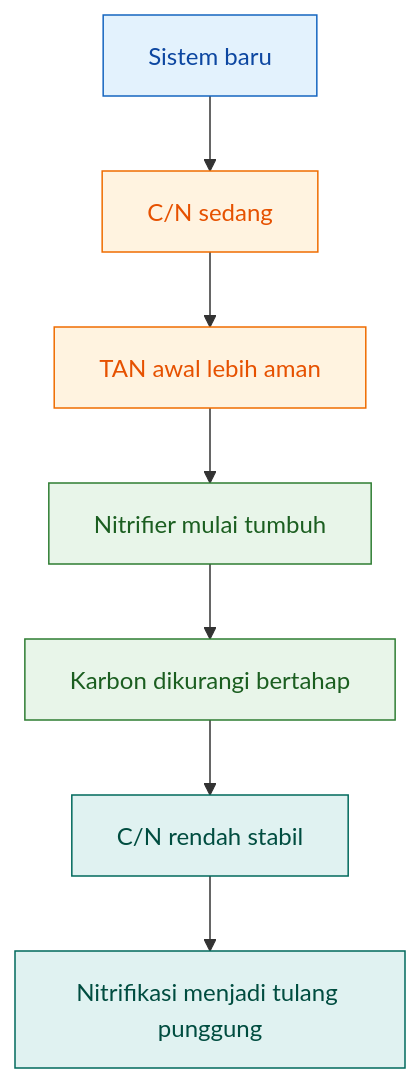
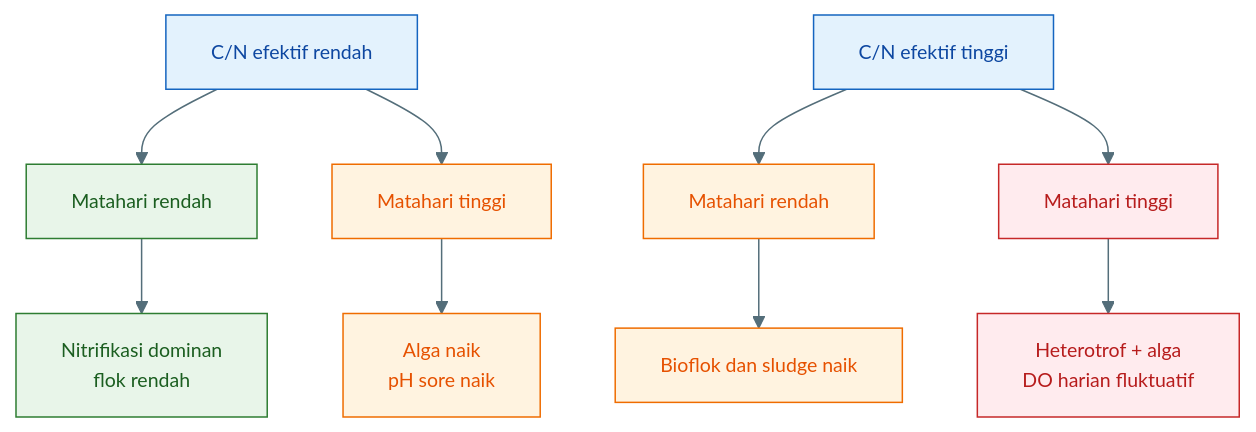
Before and after one commit to slametsampon/kawruhnology: diagram 12 of 32 in content/blog/agri/perikanan/ratio-cn-rendah-biflok.mdx, drawn with Mermaid. The commit also changed other lines of this file, not shown here.

Commit message:
upadte rasio c/n rendah

````diff
--- a/content/blog/agri/perikanan/ratio-cn-rendah-biflok.mdx
+++ b/content/blog/agri/perikanan/ratio-cn-rendah-biflok.mdx
@@ -1500,19 +2620,35 @@
-```mermaid id="ocm8c6"
+```mermaid id="interaksi-cn-matahari"
+%%{init: {'theme':'base','themeVariables':{
+'primaryColor':'#E3F2FD',
+'primaryTextColor':'#0D47A1',
+'primaryBorderColor':'#1565C0',
+'secondaryColor':'#E8F5E9',
+'secondaryTextColor':'#1B5E20',
+'secondaryBorderColor':'#2E7D32',
+'tertiaryColor':'#FFF3E0',
+'tertiaryTextColor':'#E65100',
+'tertiaryBorderColor':'#EF6C00',
+'lineColor':'#546E7A',
+'fontSize':'13px'
+}}}%%
 flowchart TD
-    A["Sistem baru"] --> B["C/N sedang"]
-    B --> C["TAN awal lebih aman"]
-    C --> D["Nitrifier mulai tumbuh"]
-    D --> E["Karbon dikurangi bertahap"]
-    E --> F["C/N rendah stabil"]
-    F --> G["Nitrifikasi menjadi tulang punggung"]
+    A["C/N efektif rendah"] --> B["Matahari rendah"]
+    A --> C["Matahari tinggi"]
+    D["C/N efektif tinggi"] --> E["Matahari rendah"]
+    D --> F["Matahari tinggi"]
 
-    classDef awal fill:#e3f2fd,stroke:#1565c0,color:#0d47a1;
-    classDef transisi fill:#fff3e0,stroke:#ef6c00,color:#e65100;
-    classDef mikroba fill:#e8f5e9,stroke:#2e7d32,color:#1b5e20;
-    classDef stabil fill:#e0f2f1,stroke:#00695c,color:#004d40;
+    B --> G["Nitrifikasi dominan<br/>flok rendah"]
+    C --> H["Alga naik<br/>pH sore naik"]
+    E --> I["Bioflok dan sludge naik"]
+    F --> J["Heterotrof + alga<br/>DO harian fluktuatif"]
 
-    class A awal;
-    class B,C transisi;
-    class D,E mikroba;
-    class F,G stabil;
+    classDef cn fill:#E3F2FD,stroke:#1565C0,color:#0D47A1;
+    classDef aman fill:#E8F5E9,stroke:#2E7D32,color:#1B5E20;
+    classDef waspada fill:#FFF3E0,stroke:#EF6C00,color:#E65100;
+    classDef risiko fill:#FFEBEE,stroke:#C62828,color:#B71C1C;
+
+    class A,D cn;
+    class B,G aman;
+    class C,H,E,I waspada;
+    class F,J risiko;
 ```
````
